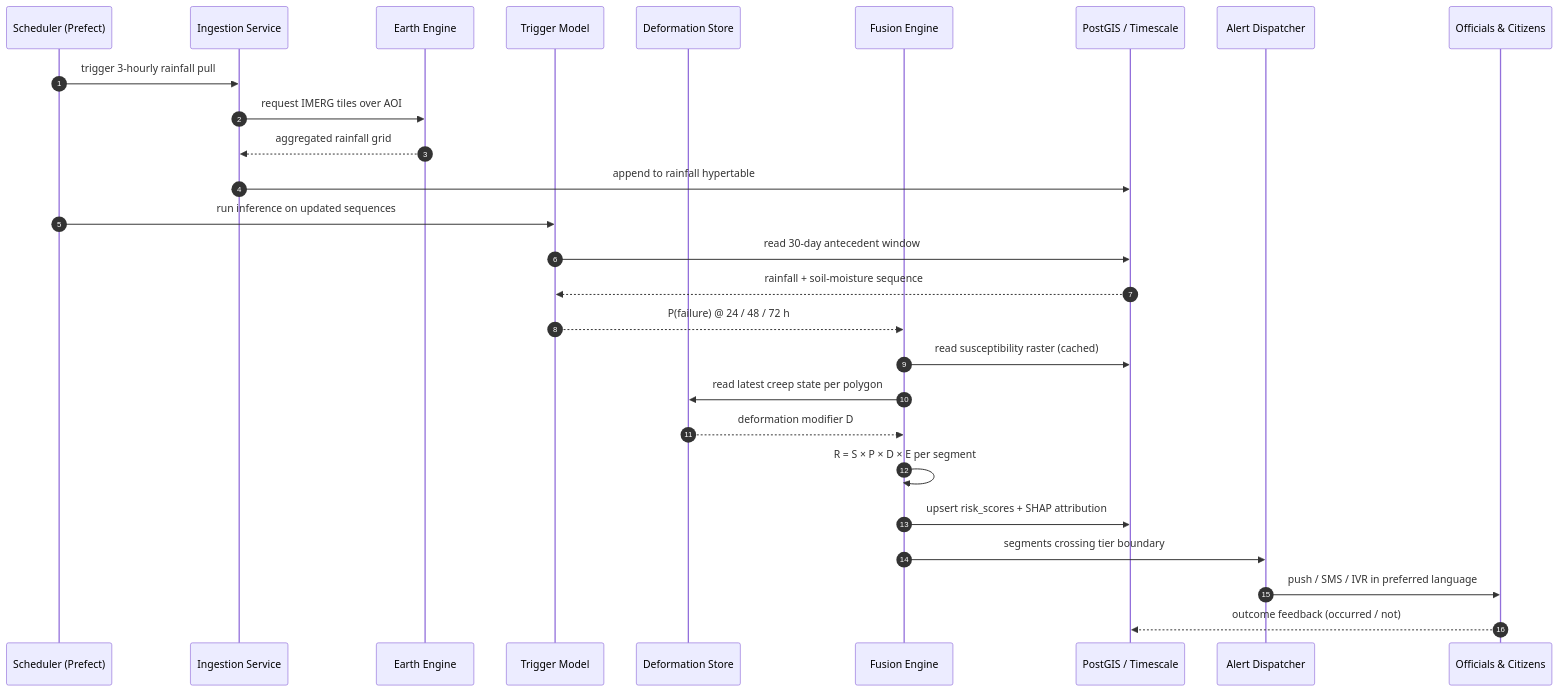
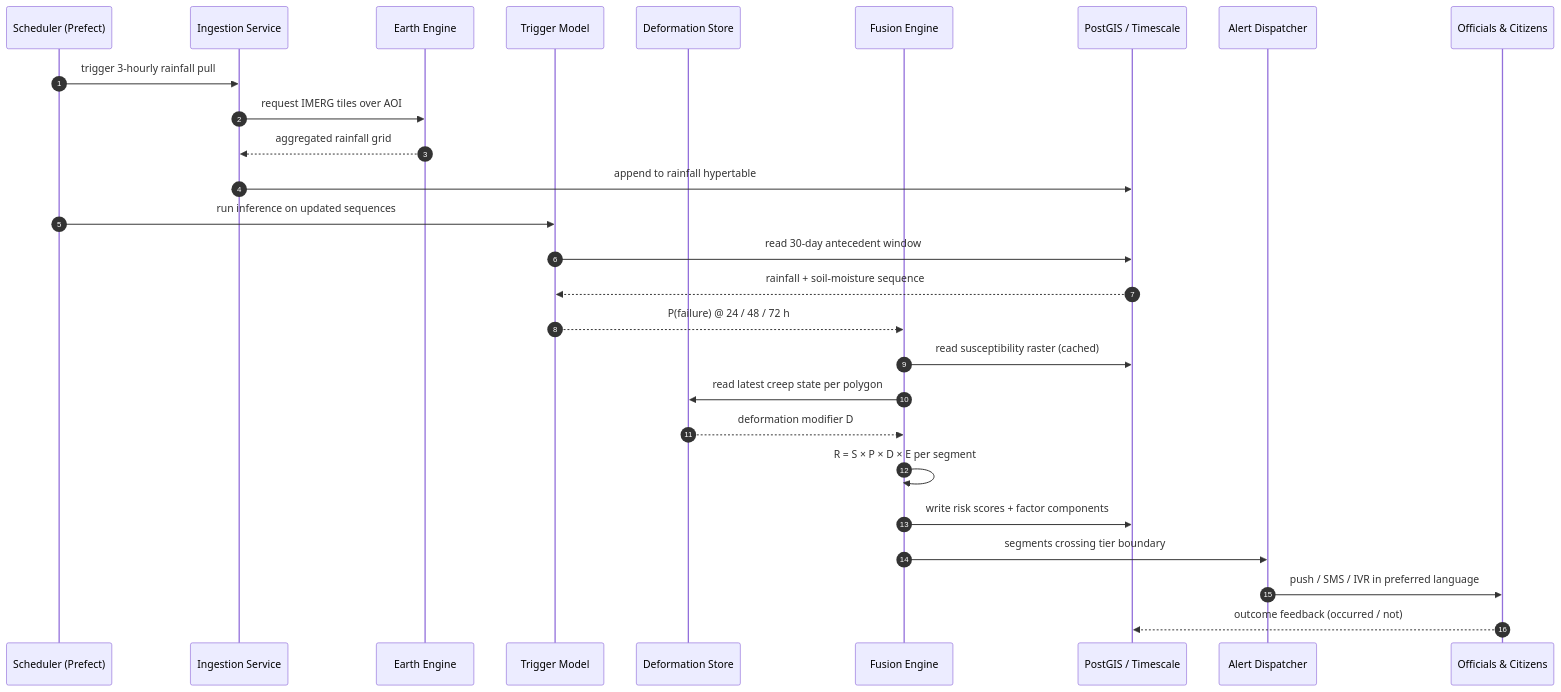
One commit to ankita1477/landslide-early-warning-ner changed the third of 6 diagrams in README.md. Above: the diagram before and after it, drawn with Mermaid. The commit also changed other lines of this file, not shown here.

````diff
--- a/README.md
+++ b/README.md
@@ -301,30 +323,30 @@
 ```mermaid
 sequenceDiagram
     autonumber
     participant SCH as Scheduler (Prefect)
     participant ING as Ingestion Service
     participant GEE as Earth Engine
     participant L2 as Trigger Model
     participant L3 as Deformation Store
     participant FUS as Fusion Engine
     participant DB as PostGIS / Timescale
     participant ALR as Alert Dispatcher
     participant U as Officials & Citizens
 
     SCH->>ING: trigger 3-hourly rainfall pull
     ING->>GEE: request IMERG tiles over AOI
     GEE-->>ING: aggregated rainfall grid
     ING->>DB: append to rainfall hypertable
     SCH->>L2: run inference on updated sequences
     L2->>DB: read 30-day antecedent window
     DB-->>L2: rainfall + soil-moisture sequence
     L2-->>FUS: P(failure) @ 24 / 48 / 72 h
     FUS->>DB: read susceptibility raster (cached)
     FUS->>L3: read latest creep state per polygon
     L3-->>FUS: deformation modifier D
     FUS->>FUS: R = S × P × D × E per segment
-    FUS->>DB: upsert risk_scores + SHAP attribution
+    FUS->>DB: write risk scores + factor components
     FUS->>ALR: segments crossing tier boundary
     ALR->>U: push / SMS / IVR in preferred language
     U-->>DB: outcome feedback (occurred / not)
 ```
````
